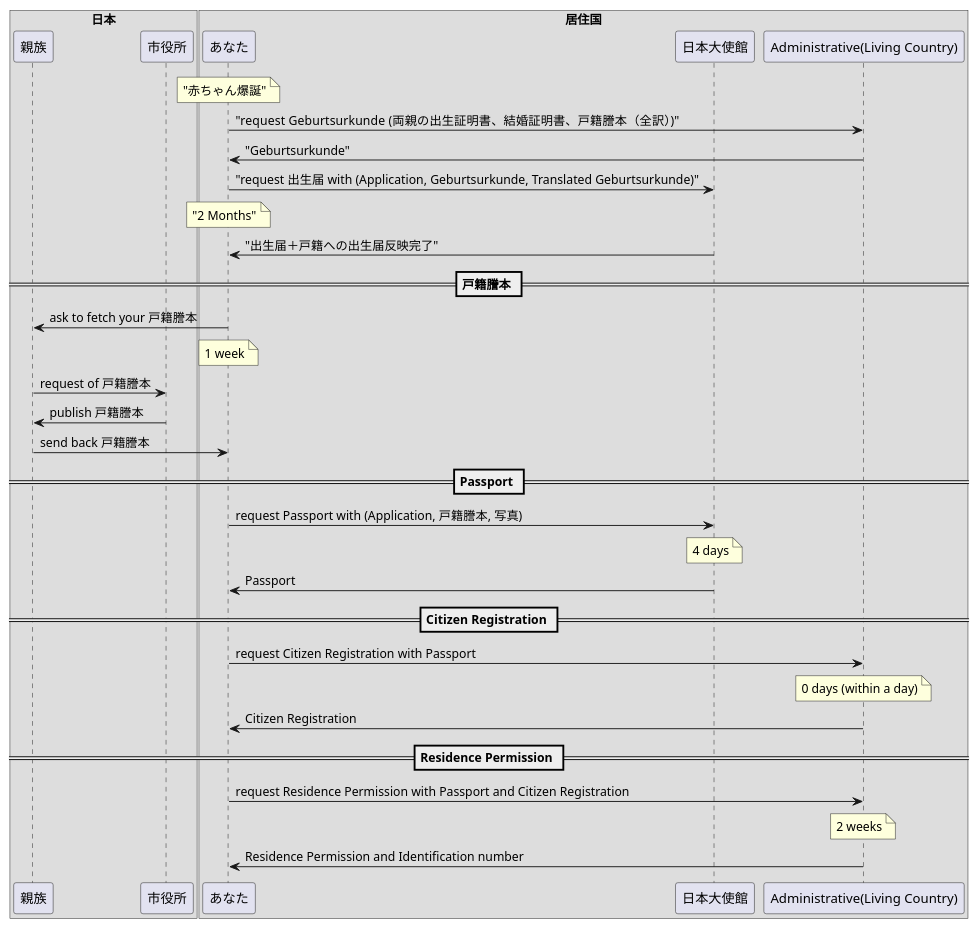
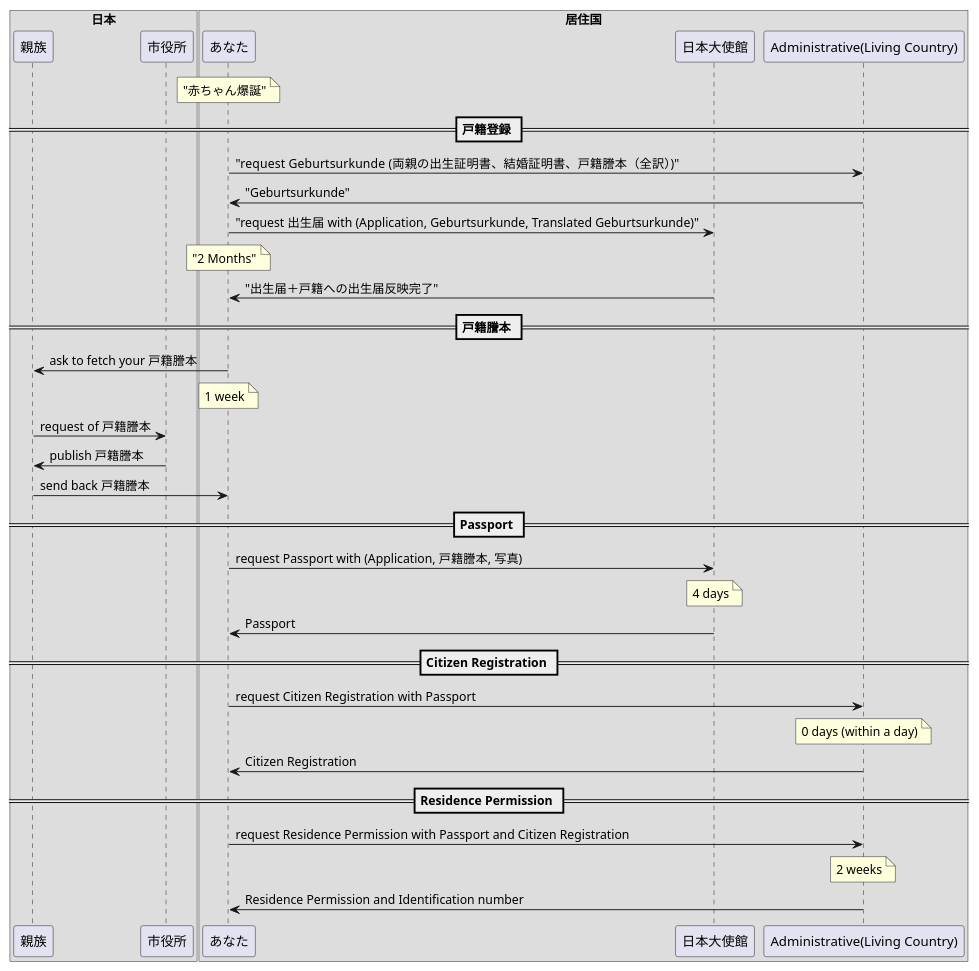
The first of 3 diagrams in japanese-blog/index.org (camparijet/camparijet.github.io), drawn with PlantUML before and after one commit. The commit also changed other lines of this file and 3 other files, not shown here.

Commit message:
Update the process flow around birth event

```diff
--- a/japanese-blog/index.org
+++ b/japanese-blog/index.org
@@ -542,38 +611,39 @@
   #+begin_src plantuml :file images/ja_sequence_baby_authorization.png
   skinparam defaultFontName Ricty
   box "日本"
   participant "親族" as Family
   participant "市役所" as origin
   end box
 
   box "居住国"
   participant "あなた" as You
   participant "日本大使館" as Embassy
   participant "Administrative(Living Country)" as living
   end box
 
   note over You: "赤ちゃん爆誕"
+  == 戸籍登録 ==
   You->living: "request Geburtsurkunde (両親の出生証明書、結婚証明書、戸籍謄本（全訳）)"
   living->You: "Geburtsurkunde"
   You->Embassy: "request 出生届 with (Application, Geburtsurkunde, Translated Geburtsurkunde)"
   note over You: "2 Months"
   Embassy->You: "出生届＋戸籍への出生届反映完了"
   == 戸籍謄本 ==
   You->Family: ask to fetch your 戸籍謄本
   note over You: 1 week
   Family->origin: request of 戸籍謄本
   origin->Family: publish 戸籍謄本
   Family->You: send back 戸籍謄本
   == Passport ==
   You->Embassy: request Passport with (Application, 戸籍謄本, 写真)
   note over Embassy: 4 days
   Embassy->You: Passport
   == Citizen Registration ==
   You->living: request Citizen Registration with Passport
   note over living: 0 days (within a day)
   living->You: Citizen Registration
   == Residence Permission ==
   You->living: request Residence Permission with Passport and Citizen Registration
   note over living: 2 weeks
   living->You: Residence Permission and Identification number
   #+end_src
```
